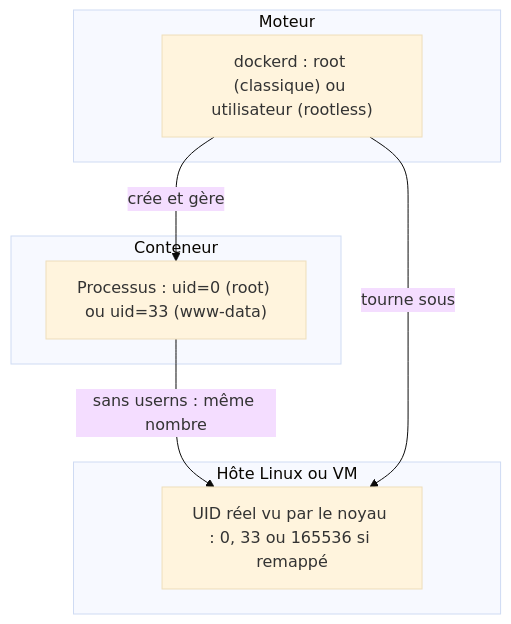
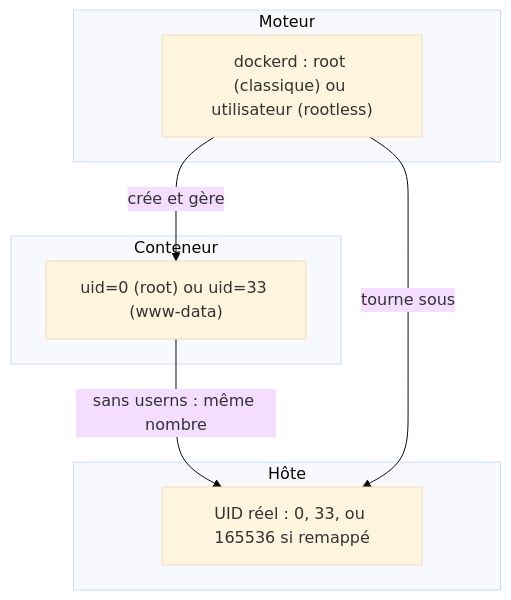
The second of 2 diagrams in docs/Identites-et-privileges.md (astronas/Ynov---Containerization-Orchestration), drawn with Mermaid (base theme) before and after one commit. The commit also changed other lines of this file and 160 other files, not shown here.

First line of the commit message:
Refonte visuelle : charte des rendus de TP, illustrations et captures réelles

````diff
--- a/docs/Identites-et-privileges.md
+++ b/docs/Identites-et-privileges.md
@@ -261,15 +165,15 @@
 ```mermaid
 flowchart TB
     subgraph C["Conteneur"]
-        P1["Processus : uid=0 (root) ou uid=33 (www-data)"]
+        P1["uid=0 (root) ou uid=33 (www-data)"]
     end
     subgraph M["Moteur"]
         D["dockerd : root (classique) ou utilisateur (rootless)"]
     end
-    subgraph H["Hôte Linux ou VM"]
-        U["UID réel vu par le noyau : 0, 33 ou 165536 si remappé"]
+    subgraph H["Hôte"]
+        U["UID réel : 0, 33, ou 165536 si remappé"]
     end
     P1 -- "sans userns : même nombre" --> U
     D -- "crée et gère" --> P1
     D -- "tourne sous" --> U
 ```
````
